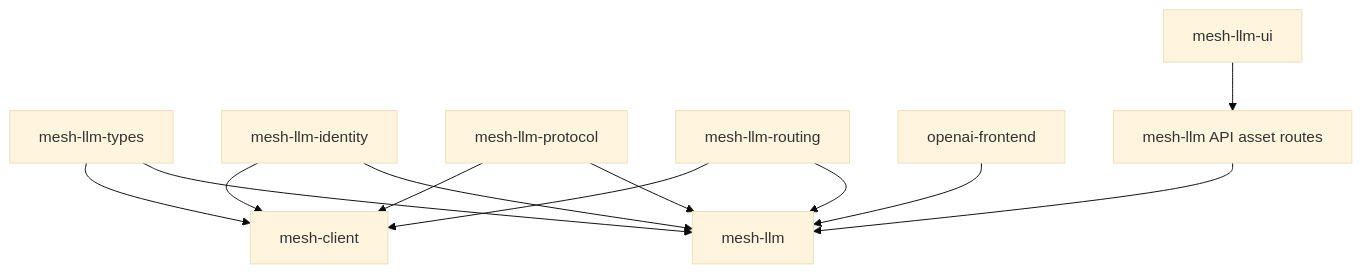
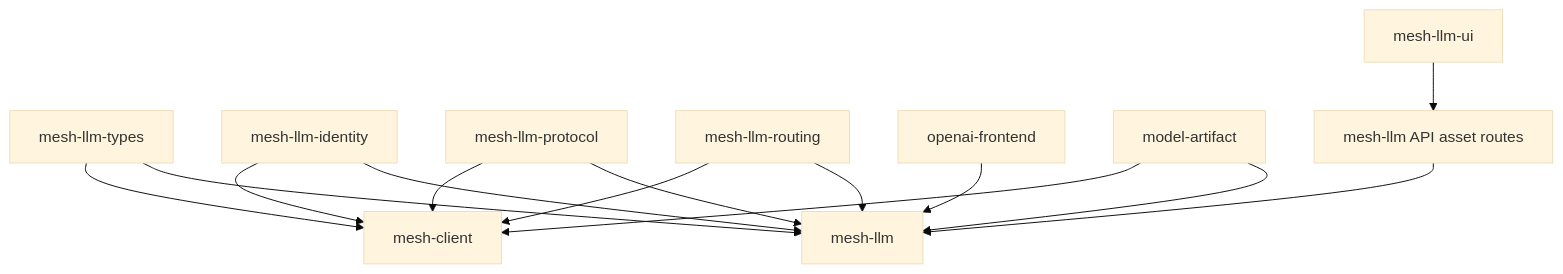
One commit to michaelneale/mesh-llm changed the first of 2 diagrams in docs/design/CRATE_DECOMPOSITION.md. Above: the diagram before and after it, drawn with Mermaid (base theme). The commit also changed other lines of this file and 10 other files, not shown here.

Commit message:
Move GGUF metadata scanning into model-artifact

````diff
--- a/docs/design/CRATE_DECOMPOSITION.md
+++ b/docs/design/CRATE_DECOMPOSITION.md
@@ -32,24 +35,27 @@
 ```mermaid
 flowchart TD
     types["mesh-llm-types"]
     client["mesh-client"]
     identity["mesh-llm-identity"]
     host["mesh-llm"]
     protocol["mesh-llm-protocol"]
     routing["mesh-llm-routing"]
     openai["openai-frontend"]
+    artifact["model-artifact"]
     ui["mesh-llm-ui"]
     api_assets["mesh-llm API asset routes"]
 
     types --> client
     types --> host
     identity --> client
     identity --> host
     protocol --> client
     protocol --> host
     routing --> client
     routing --> host
     openai --> host
+    artifact --> client
+    artifact --> host
     ui --> api_assets
     api_assets --> host
 ```
````
